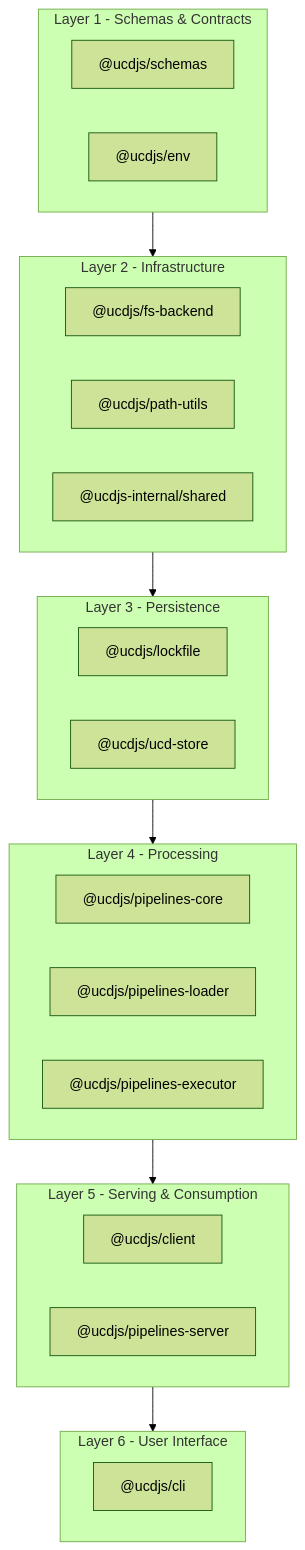
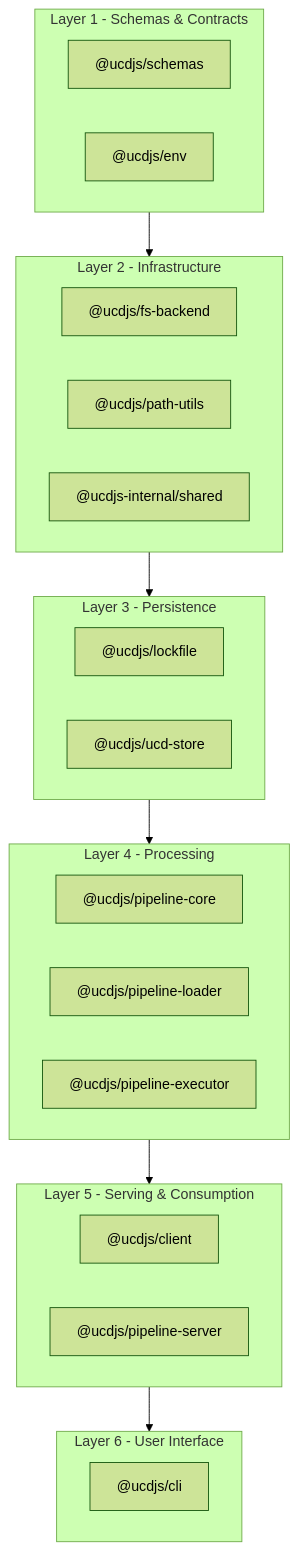
One commit to ucdjs/ucd changed the diagram in apps/docs/content/contributing/development/architecture/index.mdx. Above: the diagram before and after it, drawn with Mermaid (forest theme). The commit also changed 139 other files, not shown here.

First line of the commit message:
refactor(pipeline-server): rename packages for consistency

````diff
--- a/apps/docs/content/contributing/development/architecture/index.mdx
+++ b/apps/docs/content/contributing/development/architecture/index.mdx
@@ -10,35 +10,35 @@
 ```mermaid
 graph TD
   subgraph L1["Layer 1 - Schemas & Contracts"]
     S["@ucdjs/schemas"]
     E["@ucdjs/env"]
   end
 
   subgraph L2["Layer 2 - Infrastructure"]
     FB["@ucdjs/fs-backend"]
     PU["@ucdjs/path-utils"]
     SH["@ucdjs-internal/shared"]
   end
 
   subgraph L3["Layer 3 - Persistence"]
     LF["@ucdjs/lockfile"]
     US["@ucdjs/ucd-store"]
   end
 
   subgraph L4["Layer 4 - Processing"]
-    PC["@ucdjs/pipelines-core"]
-    PL["@ucdjs/pipelines-loader"]
-    PE["@ucdjs/pipelines-executor"]
+    PC["@ucdjs/pipeline-core"]
+    PL["@ucdjs/pipeline-loader"]
+    PE["@ucdjs/pipeline-executor"]
   end
 
   subgraph L5["Layer 5 - Serving & Consumption"]
     CL["@ucdjs/client"]
-    PS["@ucdjs/pipelines-server"]
+    PS["@ucdjs/pipeline-server"]
   end
 
   subgraph L6["Layer 6 - User Interface"]
     CLI["@ucdjs/cli"]
   end
 
   L1 --> L2 --> L3 --> L4 --> L5 --> L6
 ```
````
